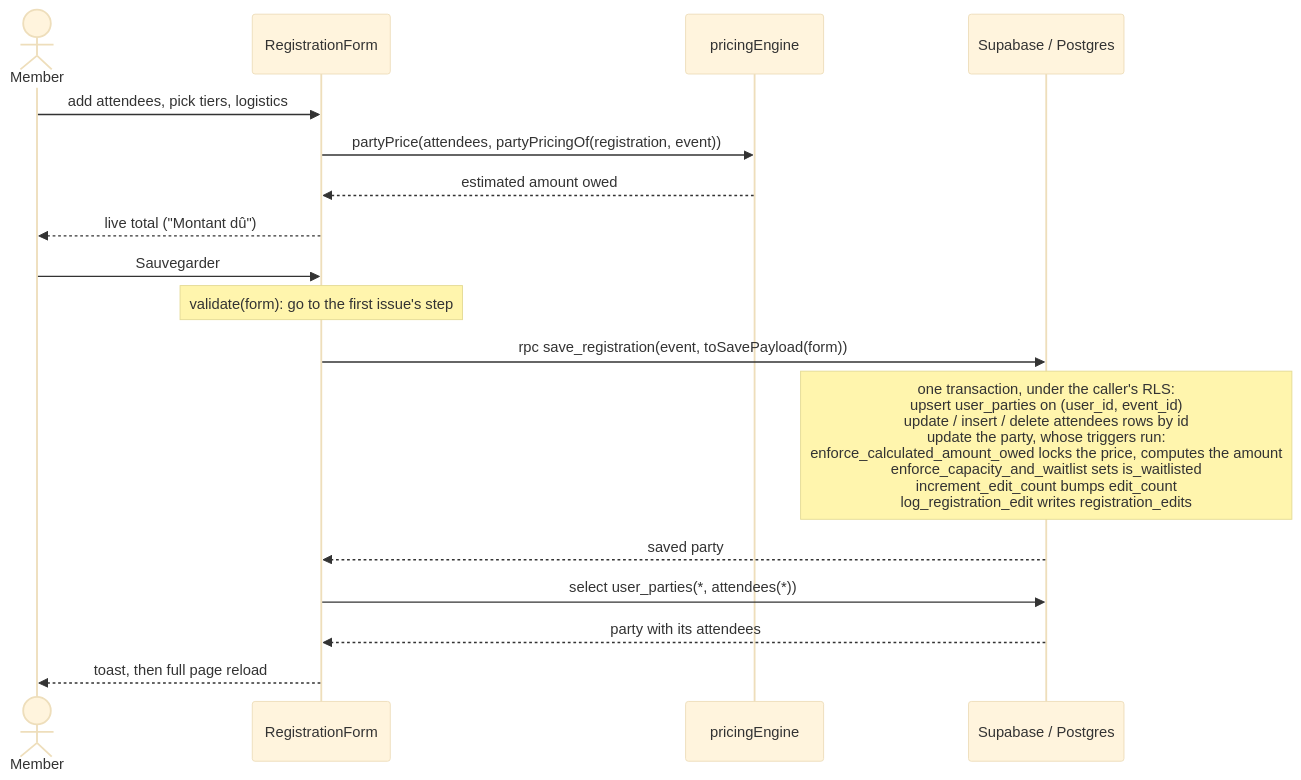
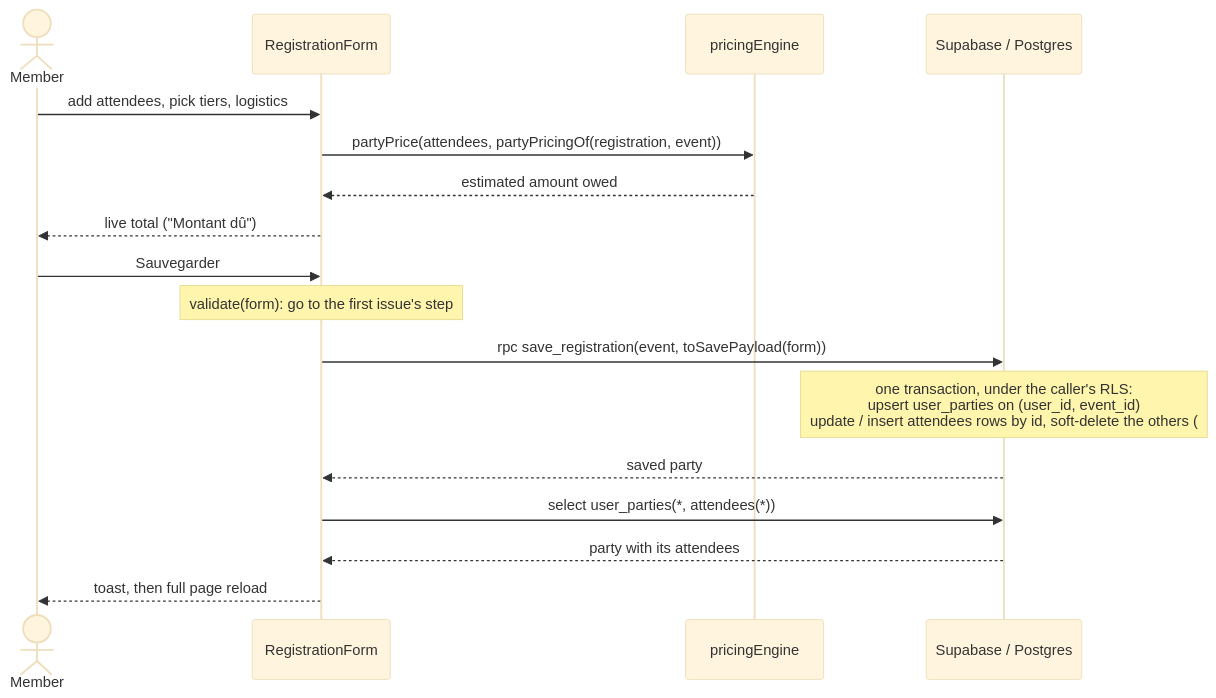
Before and after one commit to YULmix/yulmix-la-bedaine: the third of 5 diagrams in docs/02-architecture.md, drawn with Mermaid (base theme). The commit also changed 13 other files, not shown here.

First line of the commit message:
feat(db): soft-delete attendees (deleted_at), hidden from every reader (#237) (#246)

````diff
--- a/docs/02-architecture.md
+++ b/docs/02-architecture.md
@@ -105,20 +105,20 @@
 ```mermaid
 sequenceDiagram
   actor U as Member
   participant RF as RegistrationForm
   participant PE as pricingEngine
   participant PG as Supabase / Postgres
 
   U->>RF: add attendees, pick tiers, logistics
   RF->>PE: partyPrice(attendees, partyPricingOf(registration, event))
   PE-->>RF: estimated amount owed
   RF-->>U: live total ("Montant dû")
   U->>RF: Sauvegarder
   Note over RF: validate(form): go to the first issue's step
   RF->>PG: rpc save_registration(event, toSavePayload(form))
-  Note over PG: one transaction, under the caller's RLS:<br/>upsert user_parties on (user_id, event_id)<br/>update / insert / delete attendees rows by id<br/>update the party, whose triggers run:<br/>enforce_calculated_amount_owed locks the price, computes the amount<br/>enforce_capacity_and_waitlist sets is_waitlisted<br/>increment_edit_count bumps edit_count<br/>log_registration_edit writes registration_edits
+  Note over PG: one transaction, under the caller's RLS:<br/>upsert user_parties on (user_id, event_id)<br/>update / insert attendees rows by id, soft-delete the others (#237)<br/>update the party, whose triggers run:<br/>enforce_calculated_amount_owed locks the price, computes the amount<br/>enforce_capacity_and_waitlist sets is_waitlisted<br/>increment_edit_count bumps edit_count<br/>log_registration_edit writes registration_edits
   PG-->>RF: saved party
   RF->>PG: select user_parties(*, attendees(*))
   PG-->>RF: party with its attendees
   RF-->>U: toast, then full page reload
 ```
````
